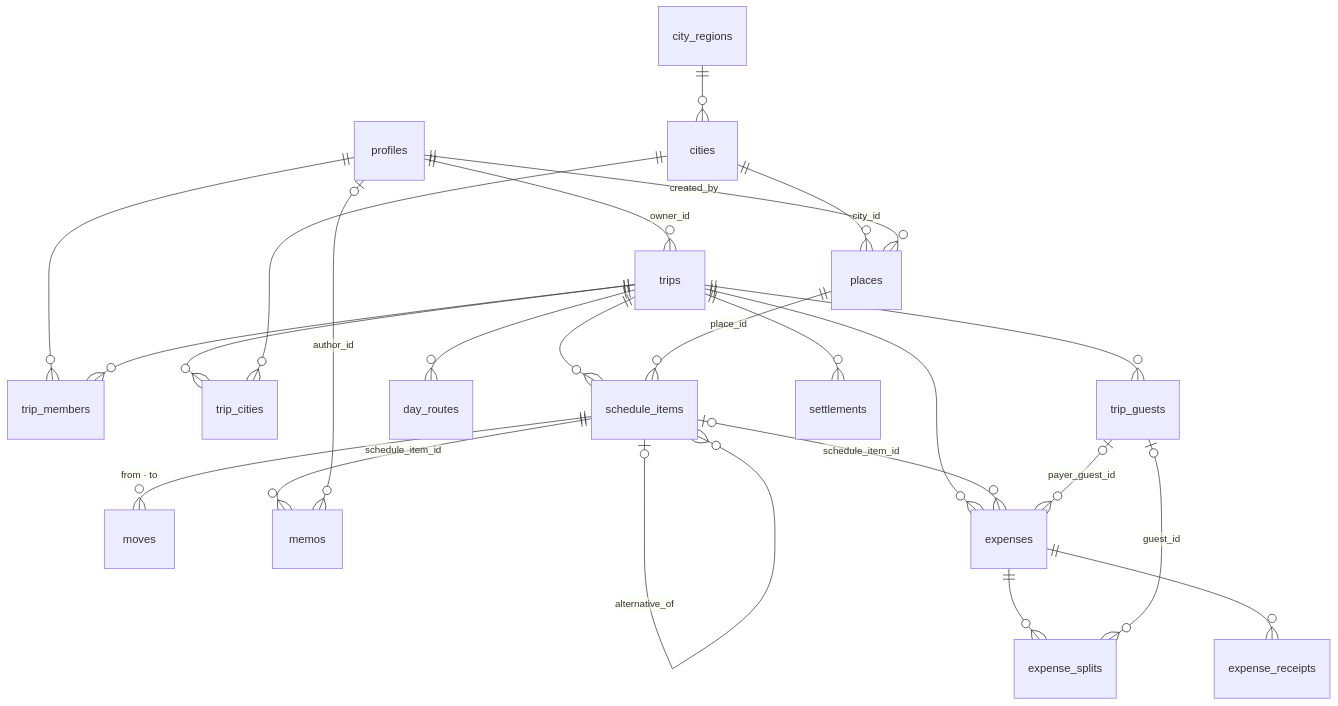
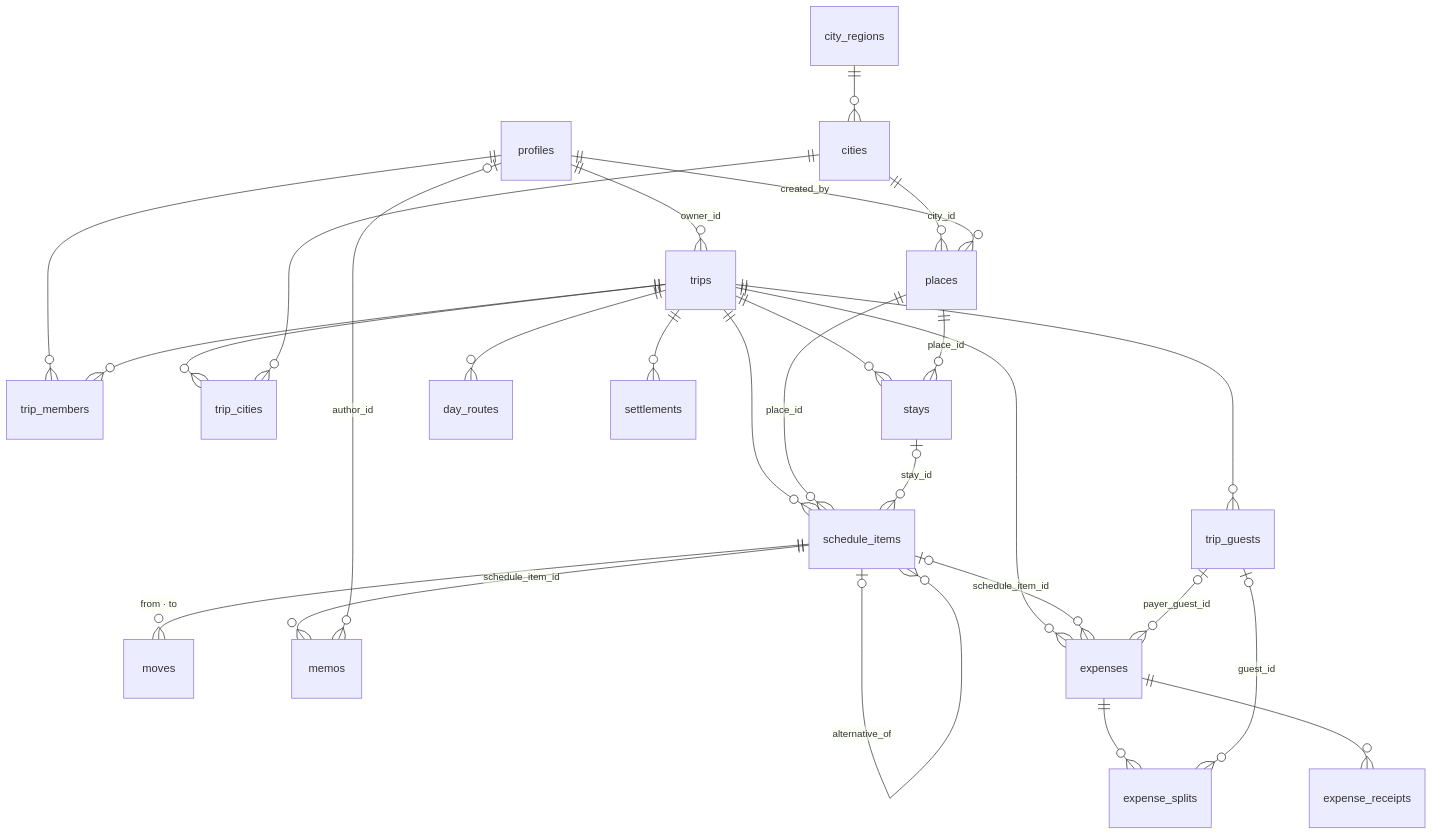
Before and after one commit to JayeHa/tripmate: the diagram in docs/policies/data-model.md, drawn with Mermaid. The commit also changed other lines of this file and 59 other files, not shown here.

````diff
--- a/docs/policies/data-model.md
+++ b/docs/policies/data-model.md
@@ -22,26 +22,29 @@
 ```mermaid
 erDiagram
   profiles ||--o{ trips : "owner_id"
   profiles ||--o{ trip_members : ""
   trips ||--o{ trip_members : ""
   trips ||--o{ trip_cities : ""
   cities ||--o{ trip_cities : ""
   city_regions ||--o{ cities : ""
   cities ||--o{ places : "city_id"
   profiles ||--o{ places : "created_by"
   trips ||--o{ schedule_items : ""
   places ||--o{ schedule_items : "place_id"
+  trips ||--o{ stays : ""
+  places ||--o{ stays : "place_id"
+  stays |o--o{ schedule_items : "stay_id"
   schedule_items |o--o{ schedule_items : "alternative_of"
   schedule_items ||--o{ moves : "from · to"
   schedule_items ||--o{ memos : "schedule_item_id"
   profiles |o--o{ memos : "author_id"
   trips ||--o{ day_routes : ""
   trips ||--o{ expenses : ""
   schedule_items |o--o{ expenses : "schedule_item_id"
   expenses ||--o{ expense_splits : ""
   trip_guests |o--o{ expenses : "payer_guest_id"
   trip_guests |o--o{ expense_splits : "guest_id"
   trips ||--o{ trip_guests : ""
   trips ||--o{ settlements : ""
   expenses ||--o{ expense_receipts : ""
 ```
````
